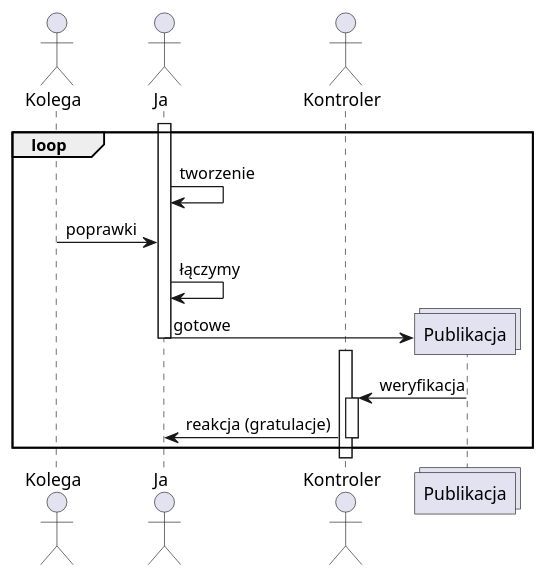
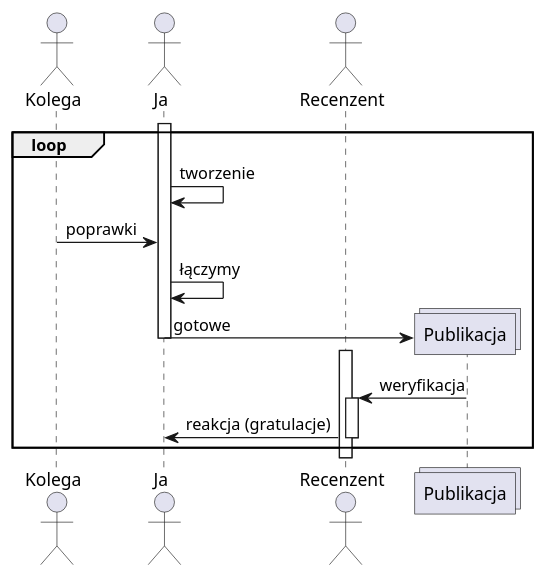
The third of 6 diagrams in src/docs/asciidoc/graph_flow.adoc (Pirgos/bb_deck), drawn with PlantUML before and after one commit. The commit also changed 24 other files, not shown here.

```diff
--- a/src/docs/asciidoc/graph_flow.adoc
+++ b/src/docs/asciidoc/graph_flow.adoc
@@ -40,25 +40,25 @@
 [plantuml, 03_doc_flow, format="png"]
 ....
 
 actor Kolega
 actor Ja
-actor Kontroler
+actor Recenzent
 collections Publikacja
 
 loop 
     activate Ja
     Ja -> Ja: tworzenie
 
     Kolega -> Ja: poprawki
 
     Ja -> Ja: łączymy
     Ja -> Publikacja ** : gotowe
     deactivate Ja
 
-activate Kontroler
-Publikacja -> Kontroler : weryfikacja
-activate Kontroler
-Kontroler -> Ja : reakcja (gratulacje)
-deactivate Kontroler
+activate Recenzent
+Publikacja -> Recenzent : weryfikacja
+activate Recenzent
+Recenzent -> Ja : reakcja (gratulacje)
+deactivate Recenzent
 end
 ....
```
